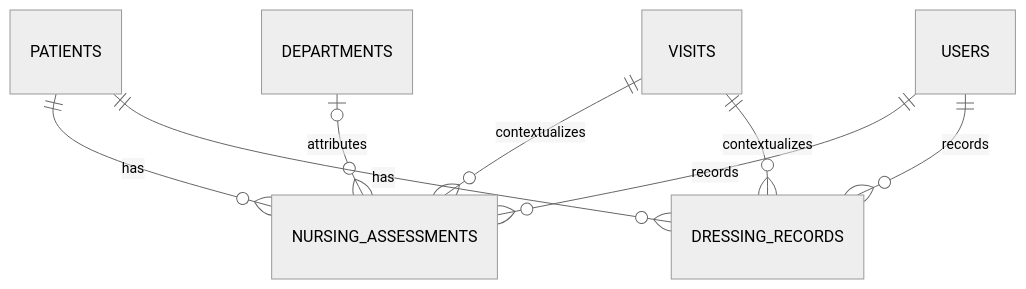
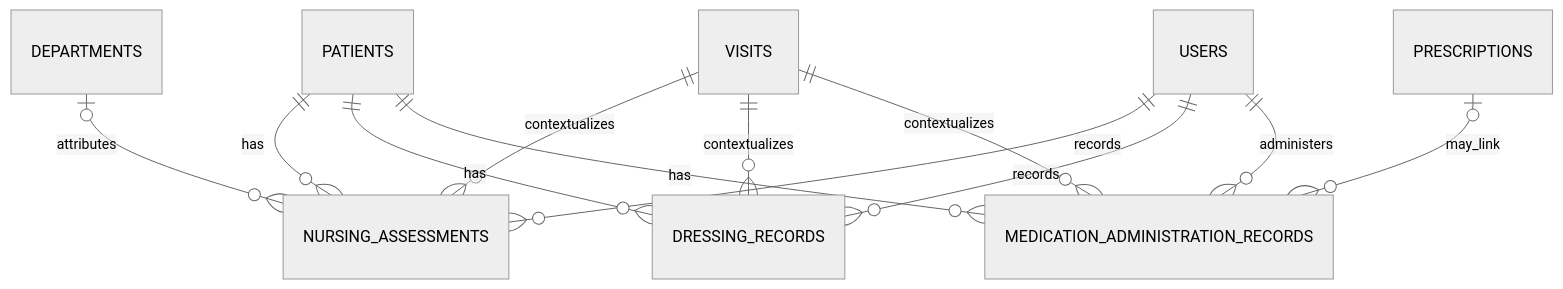
Diagram 14 of 18 in DATABASE_RELATIONSHIPS.md (Wallem-1089/Zimran), drawn with Mermaid (neutral theme) before and after one commit. The commit also changed other lines of this file and 44 other files, not shown here.

````diff
--- a/DATABASE_RELATIONSHIPS.md
+++ b/DATABASE_RELATIONSHIPS.md
@@ -870,10 +875,14 @@
 ```mermaid
 erDiagram
     PATIENTS ||--o{ NURSING_ASSESSMENTS : has
     VISITS ||--o{ NURSING_ASSESSMENTS : contextualizes
     DEPARTMENTS o|--o{ NURSING_ASSESSMENTS : attributes
     USERS ||--o{ NURSING_ASSESSMENTS : records
     PATIENTS ||--o{ DRESSING_RECORDS : has
     VISITS ||--o{ DRESSING_RECORDS : contextualizes
     USERS ||--o{ DRESSING_RECORDS : records
+    PRESCRIPTIONS o|--o{ MEDICATION_ADMINISTRATION_RECORDS : may_link
+    PATIENTS ||--o{ MEDICATION_ADMINISTRATION_RECORDS : has
+    VISITS ||--o{ MEDICATION_ADMINISTRATION_RECORDS : contextualizes
+    USERS ||--o{ MEDICATION_ADMINISTRATION_RECORDS : administers
 ```
````
